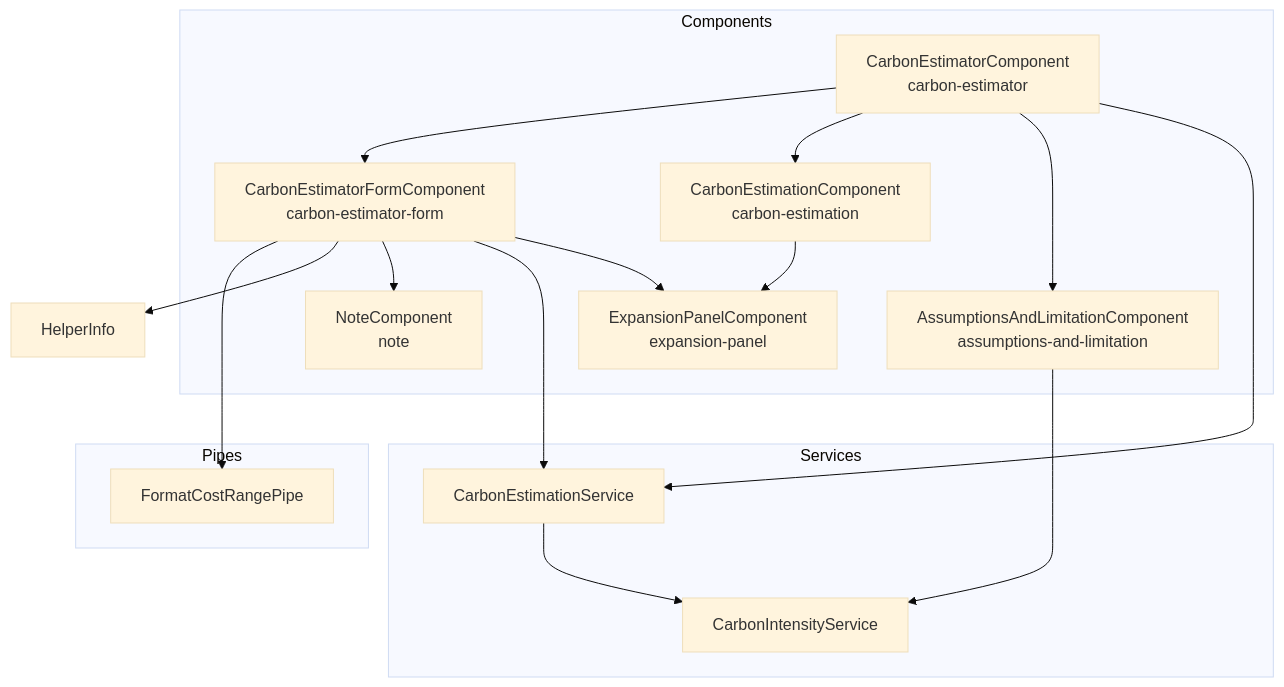
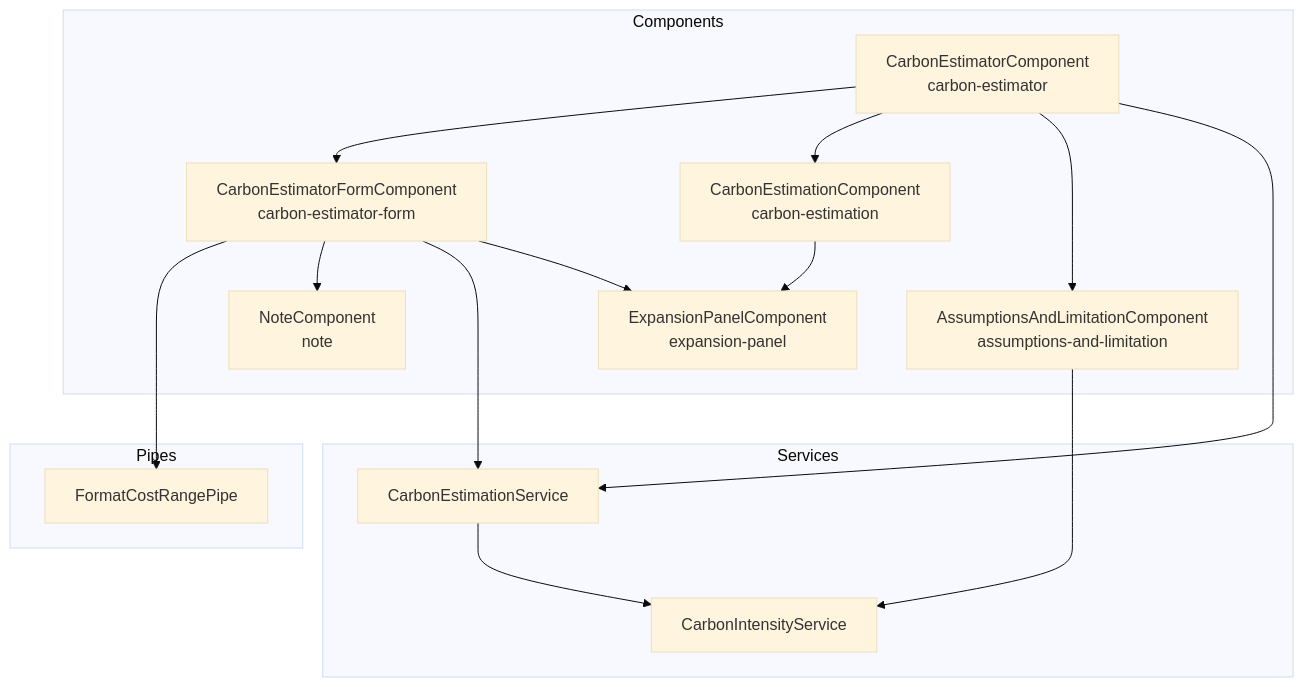
The diagram in docs/components.md (ScottLogic/sl-tech-carbon-estimator), drawn with Mermaid (base theme) before and after one commit. The commit also changed other lines of this file, not shown here.

Commit message:
Remove HelperComponent from doc diagram and remove its descrCiption section

````diff
--- a/docs/components.md
+++ b/docs/components.md
@@ -5,31 +5,31 @@
 ```mermaid
 flowchart TB
   subgraph Components
     CarbonEstimator["`CarbonEstimatorComponent
     carbon-estimator`"]
     CarbonEstimatorForm["`CarbonEstimatorFormComponent
     carbon-estimator-form`"]
     CarbonEstimation["`CarbonEstimationComponent
     carbon-estimation`"]
     Assumptions["`AssumptionsAndLimitationComponent
     assumptions-and-limitation`"]
     Note["`NoteComponent
     note`"]
     ExpansionPanel["`ExpansionPanelComponent
     expansion-panel`"]
   end
   subgraph Services
     CarbonEstimationService
     CarbonIntensityService
   end
   subgraph Pipes
     FormatCostRangePipe
   end
 
   CarbonEstimator --> CarbonEstimatorForm & CarbonEstimation & Assumptions
   CarbonEstimatorForm ---> FormatCostRangePipe
-  CarbonEstimatorForm --> HelperInfo & Note
+  CarbonEstimatorForm --> Note
   CarbonEstimator & CarbonEstimatorForm ---> CarbonEstimationService
   CarbonEstimatorForm & CarbonEstimation --> ExpansionPanel
   CarbonEstimationService & Assumptions --> CarbonIntensityService
 ```
````
